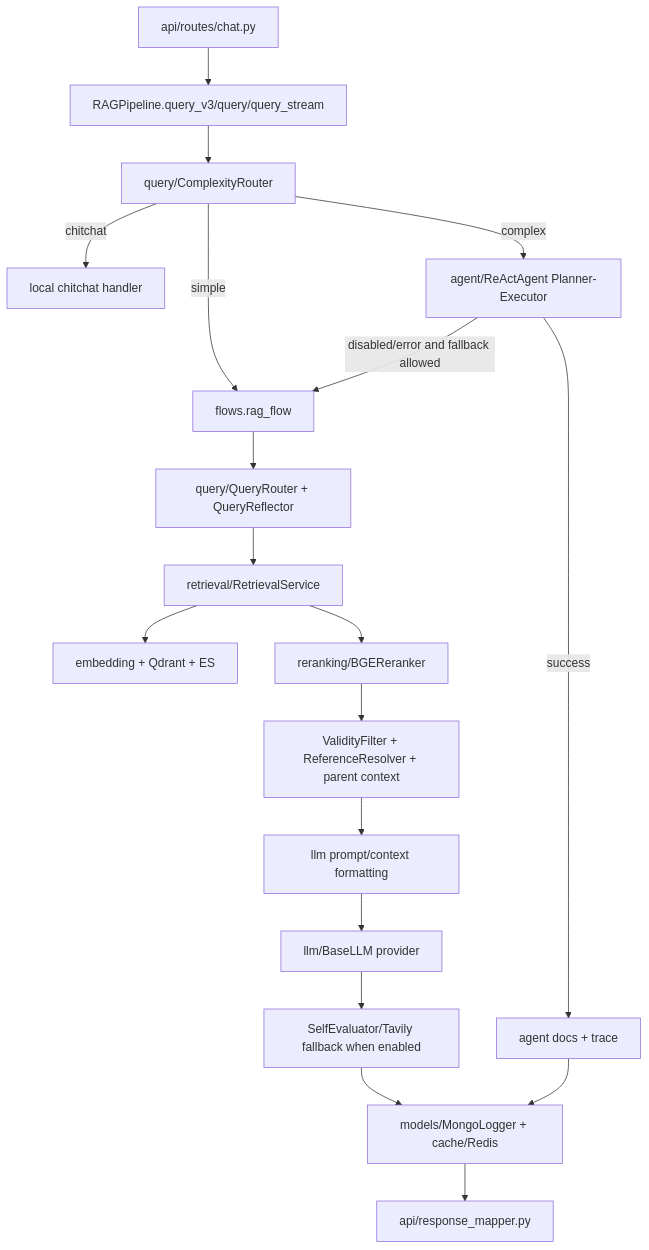
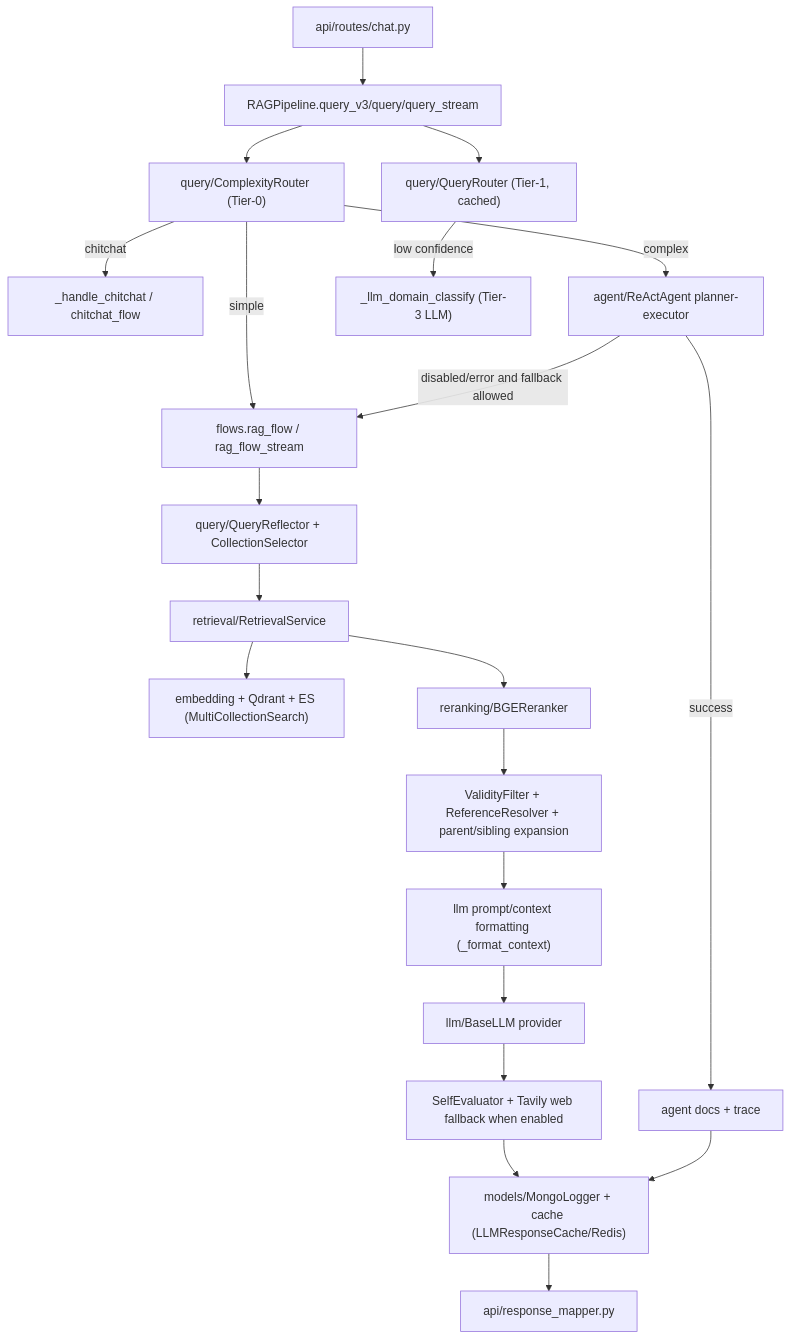
One commit to hoainam183/GR changed the diagram in src/RAG_v2/pipeline/MODULE.md. Above: the diagram before and after it, drawn with Mermaid. The commit also changed other lines of this file and 50 other files, not shown here.

````diff
--- a/src/RAG_v2/pipeline/MODULE.md
+++ b/src/RAG_v2/pipeline/MODULE.md
@@ -106,21 +149,23 @@
 ```mermaid
 flowchart TD
   API["api/routes/chat.py"] --> Pipeline["RAGPipeline.query_v3/query/query_stream"]
-  Pipeline --> Complexity["query/ComplexityRouter"]
-  Complexity -->|chitchat| Chit["local chitchat handler"]
-  Complexity -->|simple| RAG["flows.rag_flow"]
-  Complexity -->|complex| Agent["agent/ReActAgent Planner-Executor"]
+  Pipeline --> Complexity["query/ComplexityRouter (Tier-0)"]
+  Complexity -->|chitchat| Chit["_handle_chitchat / chitchat_flow"]
+  Complexity -->|simple| RAG["flows.rag_flow / rag_flow_stream"]
+  Complexity -->|complex| Agent["agent/ReActAgent planner-executor"]
   Agent -->|success| AgentDocs["agent docs + trace"]
   Agent -->|disabled/error and fallback allowed| RAG
-  RAG --> Router["query/QueryRouter + QueryReflector"]
-  Router --> Retrieval["retrieval/RetrievalService"]
-  Retrieval --> Embed["embedding + Qdrant + ES"]
+  Pipeline --> Route["query/QueryRouter (Tier-1, cached)"]
+  Route -->|low confidence| Tier3["_llm_domain_classify (Tier-3 LLM)"]
+  RAG --> Reflect["query/QueryReflector + CollectionSelector"]
+  Reflect --> Retrieval["retrieval/RetrievalService"]
+  Retrieval --> Embed["embedding + Qdrant + ES (MultiCollectionSearch)"]
   Retrieval --> Rerank["reranking/BGEReranker"]
-  Rerank --> Post["ValidityFilter + ReferenceResolver + parent context"]
-  Post --> Prompt["llm prompt/context formatting"]
+  Rerank --> Post["ValidityFilter + ReferenceResolver + parent/sibling expansion"]
+  Post --> Prompt["llm prompt/context formatting (_format_context)"]
   Prompt --> LLM["llm/BaseLLM provider"]
-  LLM --> Quality["SelfEvaluator/Tavily fallback when enabled"]
-  Quality --> Logger["models/MongoLogger + cache/Redis"]
+  LLM --> Quality["SelfEvaluator + Tavily web fallback when enabled"]
+  Quality --> Logger["models/MongoLogger + cache (LLMResponseCache/Redis)"]
   AgentDocs --> Logger
   Logger --> Mapper["api/response_mapper.py"]
 ```
````
